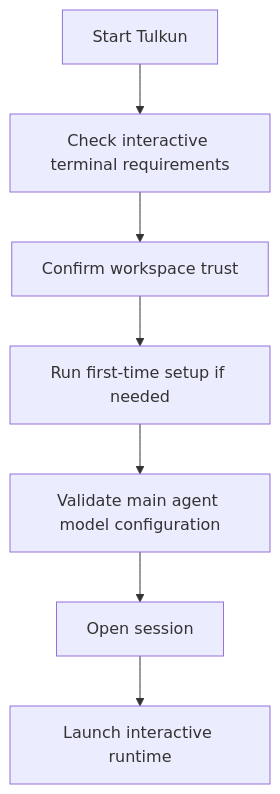
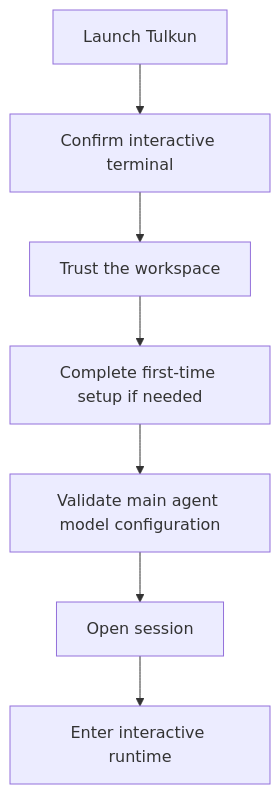
One commit to tulkun-lab/tulkun-lab.github.io changed the diagram in docs/guide/getting-started.md. Above: the diagram before and after it, drawn with Mermaid. The commit also changed other lines of this file and 21 other files, not shown here.

````diff
--- a/docs/guide/getting-started.md
+++ b/docs/guide/getting-started.md
@@ -50,9 +37,9 @@
 ```mermaid
 flowchart TD
-    A["Start Tulkun"] --> B["Check interactive terminal requirements"]
-    B --> C["Confirm workspace trust"]
-    C --> D["Run first-time setup if needed"]
+    A["Launch Tulkun"] --> B["Confirm interactive terminal"]
+    B --> C["Trust the workspace"]
+    C --> D["Complete first-time setup if needed"]
     D --> E["Validate main agent model configuration"]
     E --> F["Open session"]
-    F --> G["Launch interactive runtime"]
+    F --> G["Enter interactive runtime"]
 ```
````
